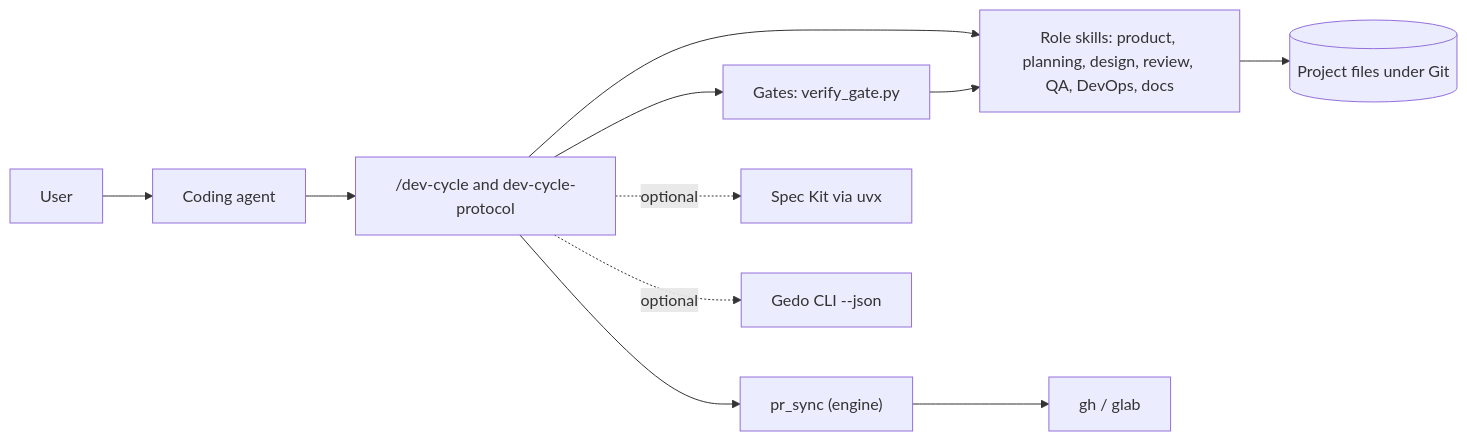
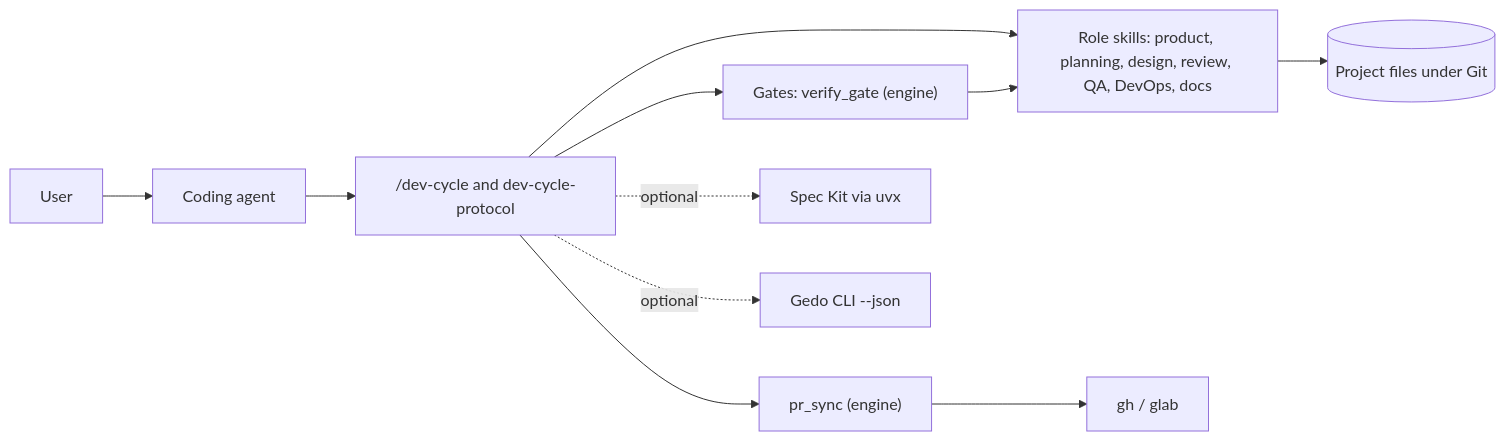
Before and after one commit to Levix-Digital/ai-code-agent-skills: the diagram in TECDOC.md, drawn with Mermaid. The commit also changed 120 other files, not shown here.

Commit message:
feat(engine): run verify_gate on the native engine (M26)

````diff
--- a/TECDOC.md
+++ b/TECDOC.md
@@ -11,13 +11,13 @@
 ```mermaid
 flowchart LR
     U[User] --> AG[Coding agent]
     AG --> DC["/dev-cycle and dev-cycle-protocol"]
     DC --> R["Role skills: product, planning, design, review, QA, DevOps, docs"]
-    DC --> G["Gates: verify_gate.py"]
+    DC --> G["Gates: verify_gate (engine)"]
     G --> R
     R --> F[("Project files under Git")]
     DC --> PR["pr_sync (engine)"]
     PR --> P["gh / glab"]
     DC -.optional.-> SK["Spec Kit via uvx"]
     DC -.optional.-> GE["Gedo CLI --json"]
 ```
````
